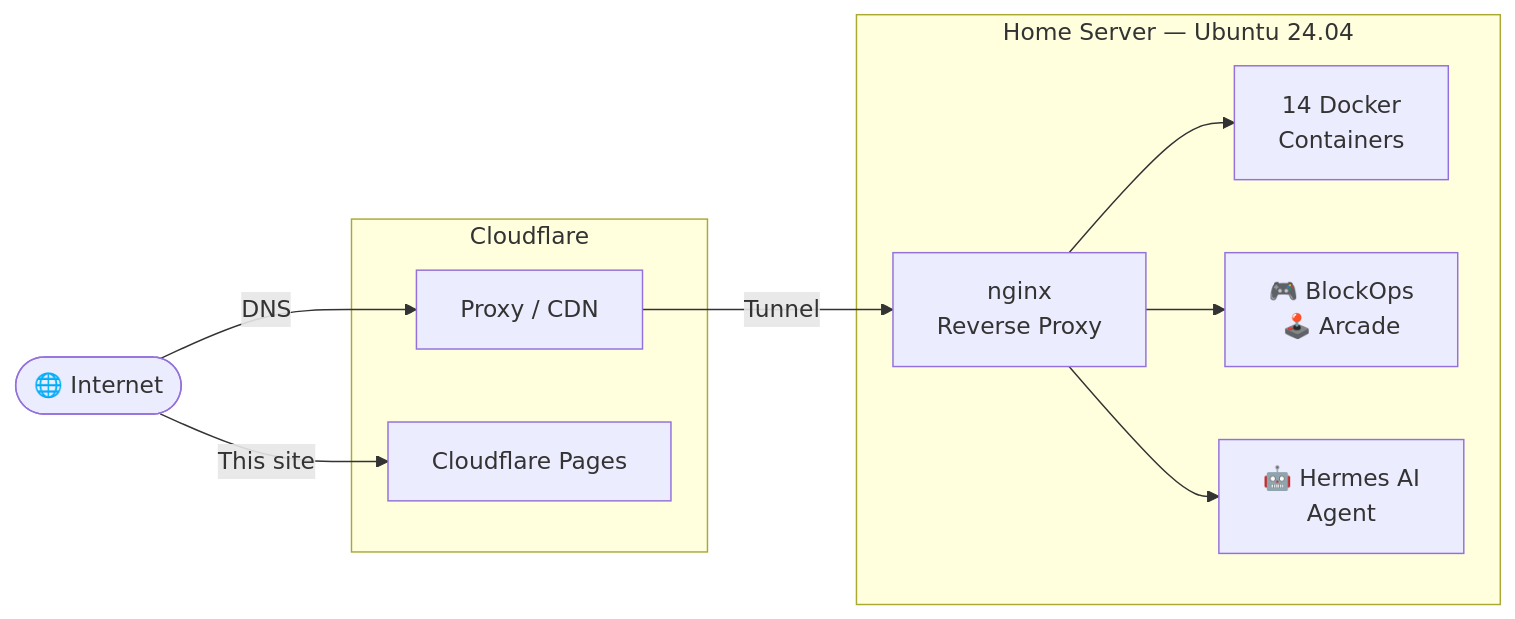
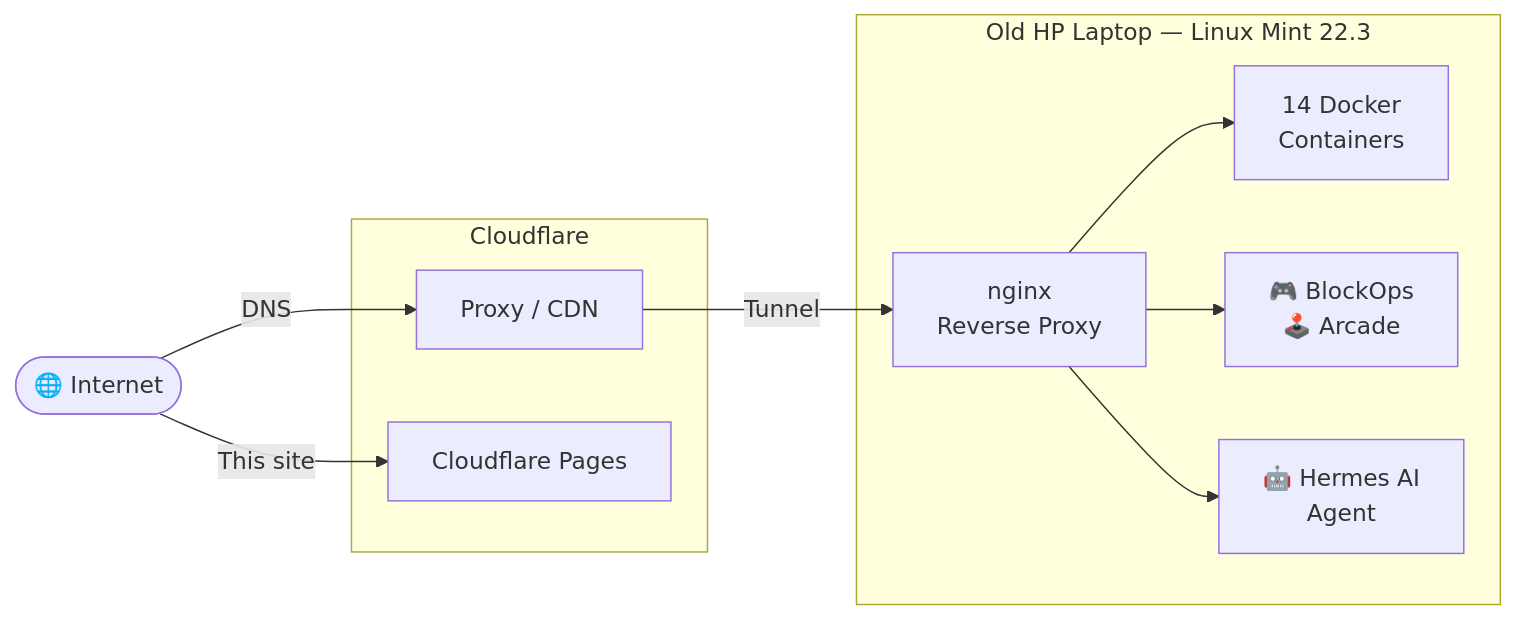
The diagram in docs/index.md (kamalcr7/server-docs-public), drawn with Mermaid before and after one commit. The commit also changed other lines of this file and 6 other files, not shown here.

First line of the commit message:
Fix hardware specs: Linux Mint on HP laptop, correct CPU/RAM/GPU

````diff
--- a/docs/index.md
+++ b/docs/index.md
@@ -26,23 +26,23 @@
 ```mermaid
 flowchart LR
     Internet([🌐 Internet])
     
     subgraph Cloudflare [Cloudflare]
         CF[Proxy / CDN]
         Pages[Cloudflare Pages]
     end
     
-    subgraph Server ["Home Server — Ubuntu 24.04"]
+    subgraph Server ["Old HP Laptop — Linux Mint 22.3"]
         Nginx[nginx<br/>Reverse Proxy]
         Containers[14 Docker<br/>Containers]
         Games[🎮 BlockOps<br/>🕹️ Arcade]
         Hermes[🤖 Hermes AI<br/>Agent]
     end
     
     Internet -->|DNS| CF
     CF -->|Tunnel| Nginx
     Nginx --> Containers
     Nginx --> Games
     Nginx --> Hermes
     Internet -->|This site| Pages
 ```
````
